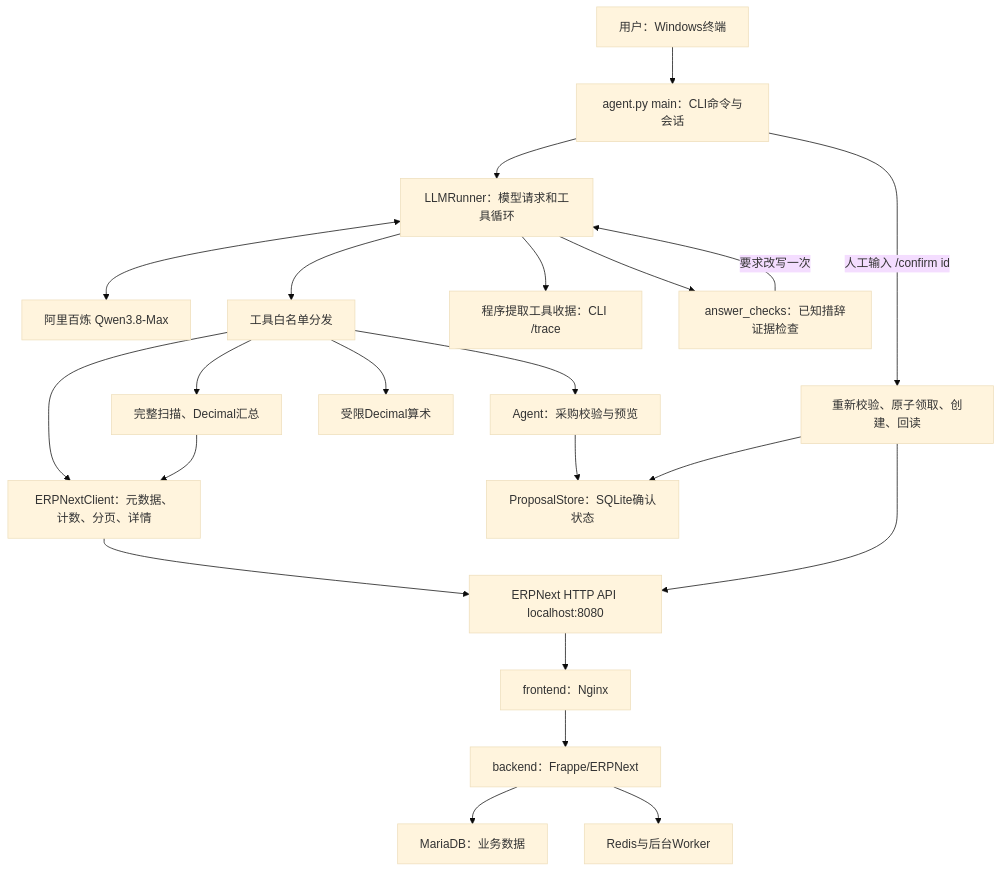
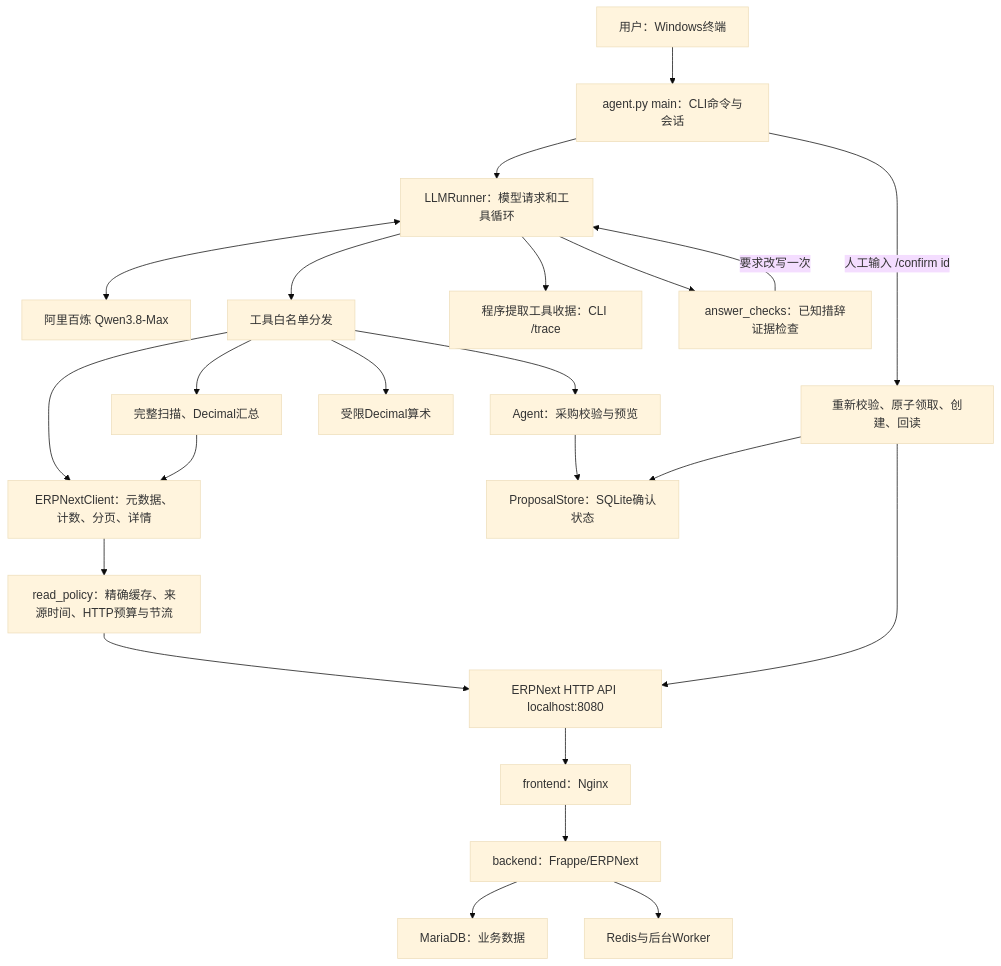
One commit to chengzhideng2026/gonghe-homework changed the diagram in ARCHITECTURE.md. Above: the diagram before and after it, drawn with Mermaid (base theme). The commit also changed other lines of this file and 24 other files, not shown here.

````diff
--- a/ARCHITECTURE.md
+++ b/ARCHITECTURE.md
@@ -19,24 +19,25 @@
 ```mermaid
 flowchart TD
     User[用户：Windows终端] --> CLI[agent.py main：CLI命令与会话]
     CLI --> Runner[LLMRunner：模型请求和工具循环]
     Runner <--> Qwen[阿里百炼 Qwen3.8-Max]
     Runner --> Dispatch[工具白名单分发]
     Runner --> Receipt[程序提取工具收据：CLI /trace]
     Runner --> Check[answer_checks：已知措辞证据检查]
     Check -->|要求改写一次| Runner
     Dispatch --> Read[ERPNextClient：元数据、计数、分页、详情]
     Dispatch --> Agg[完整扫描、Decimal汇总]
     Dispatch --> Calc[受限Decimal算术]
     Dispatch --> Preview[Agent：采购校验与预览]
     Preview --> Journal[ProposalStore：SQLite确认状态]
     CLI -->|人工输入 /confirm id| Confirm[重新校验、原子领取、创建、回读]
     Confirm --> Journal
     Confirm --> ERPAPI[ERPNext HTTP API localhost:8080]
-    Read --> ERPAPI
+    Read --> Policy[read_policy：精确缓存、来源时间、HTTP预算与节流]
+    Policy --> ERPAPI
     Agg --> Read
     ERPAPI --> Nginx[frontend：Nginx]
     Nginx --> Frappe[backend：Frappe/ERPNext]
     Frappe --> DB[MariaDB：业务数据]
     Frappe --> Redis[Redis与后台Worker]
 ```
````
